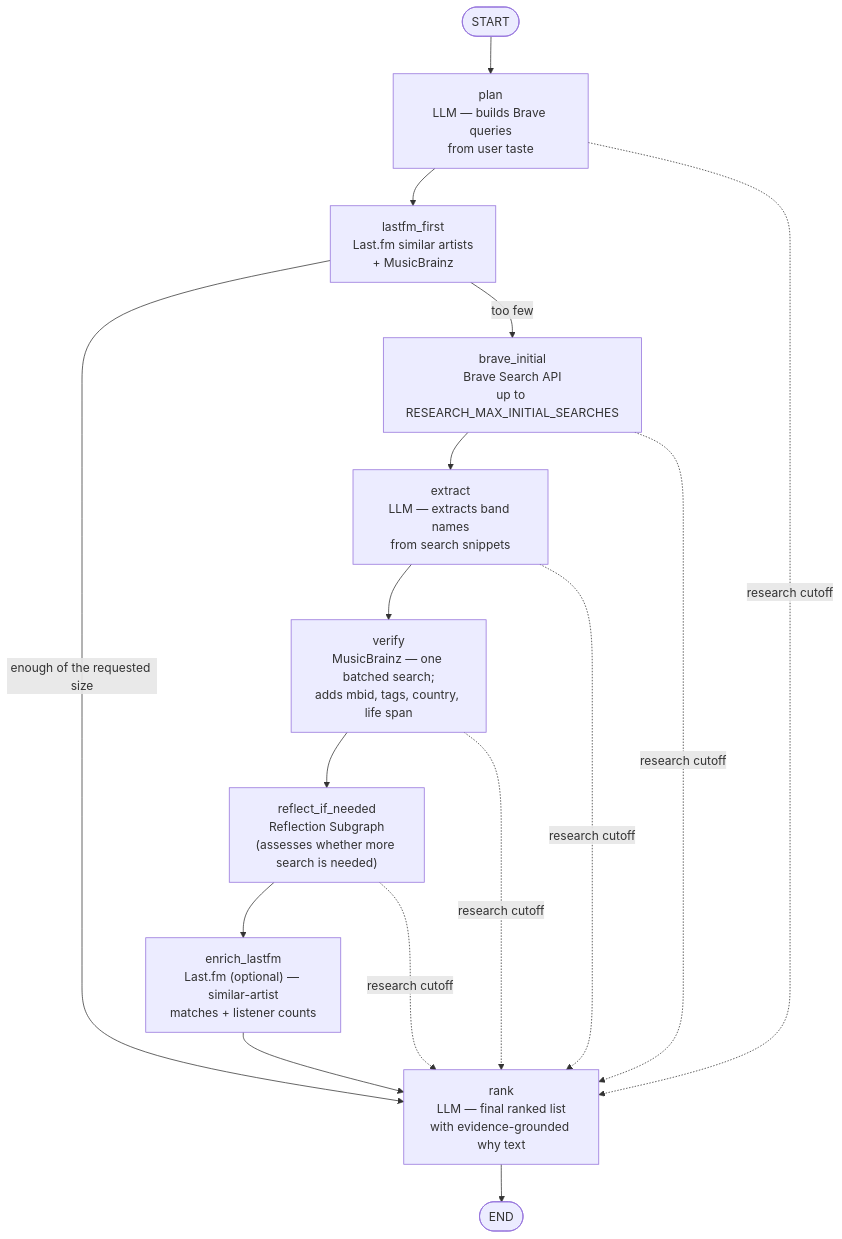
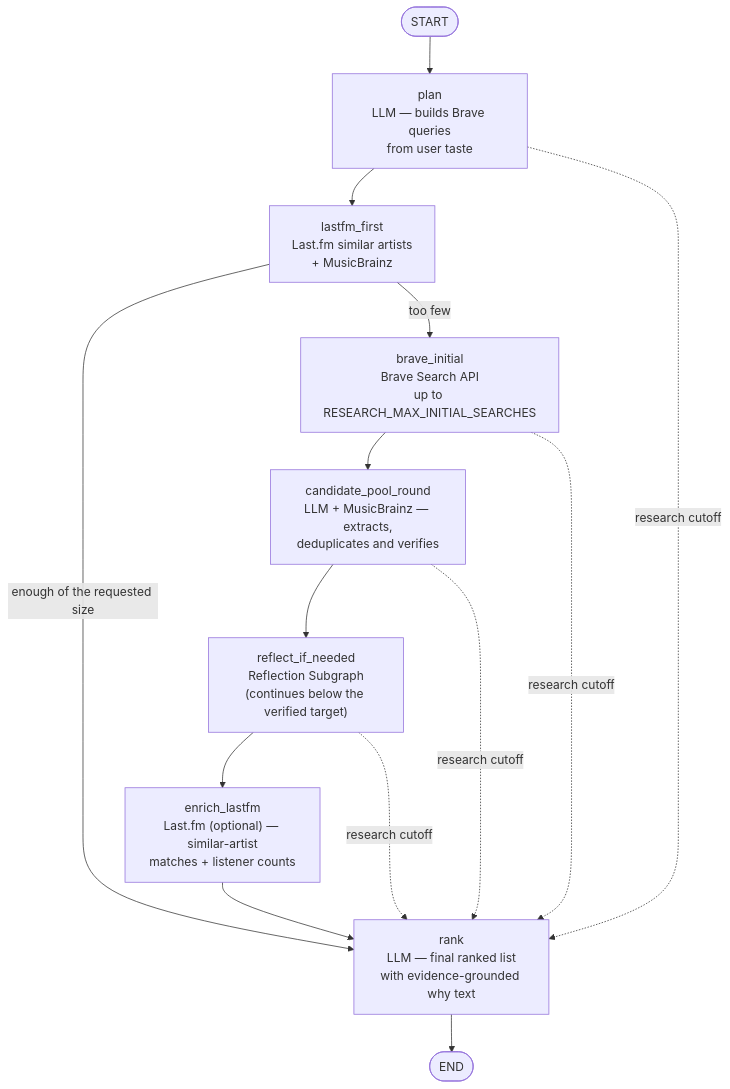
The third of 6 diagrams in docs/architecture/ARCHITECTURE.md (eikrad/bandsearch-app), drawn with Mermaid before and after one commit. The commit also changed other lines of this file and 8 other files, not shown here.

First line of the commit message:
feat: deepen candidate pool rounds

````diff
--- a/docs/architecture/ARCHITECTURE.md
+++ b/docs/architecture/ARCHITECTURE.md
@@ -195,18 +195,16 @@
 ```mermaid
 flowchart TD
     START(["START"]) --> plan["plan\nLLM — builds Brave queries\nfrom user taste"]
     plan --> lastfm_first["lastfm_first\nLast.fm similar artists\n+ MusicBrainz"]
     lastfm_first -->|"enough of the requested size"| rank
     lastfm_first -->|"too few"| brave_initial["brave_initial\nBrave Search API\nup to RESEARCH_MAX_INITIAL_SEARCHES"]
-    brave_initial --> extract["extract\nLLM — extracts band names\nfrom search snippets"]
-    extract --> verify["verify\nMusicBrainz — one batched search;\nadds mbid, tags, country, life span"]
-    verify --> reflect_if_needed["reflect_if_needed\nReflection Subgraph\n(assesses whether more search is needed)"]
+    brave_initial --> candidate_round["candidate_pool_round\nLLM + MusicBrainz — extracts,\ndeduplicates and verifies"]
+    candidate_round --> reflect_if_needed["reflect_if_needed\nReflection Subgraph\n(continues below the verified target)"]
     reflect_if_needed --> enrich_lastfm["enrich_lastfm\nLast.fm (optional) — similar-artist\nmatches + listener counts"]
     enrich_lastfm --> rank["rank\nLLM — final ranked list\nwith evidence-grounded why text"]
     rank --> END(["END"])
     plan -. research cutoff .-> rank
     brave_initial -. research cutoff .-> rank
-    extract -. research cutoff .-> rank
-    verify -. research cutoff .-> rank
+    candidate_round -. research cutoff .-> rank
     reflect_if_needed -. research cutoff .-> rank
 ```
````
